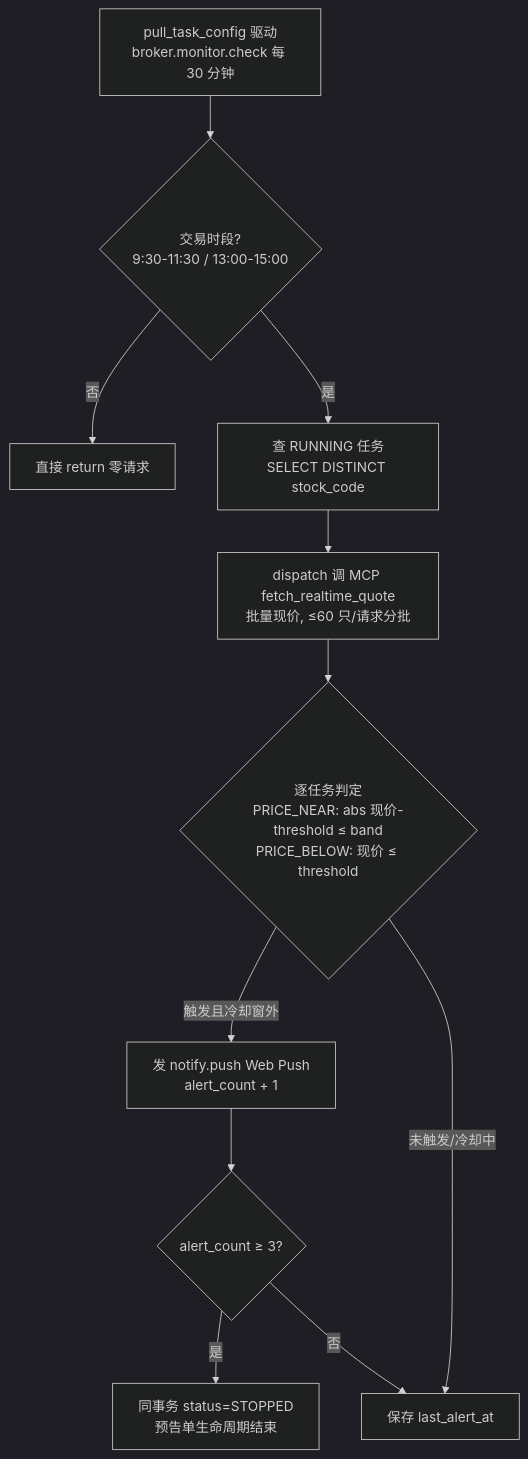
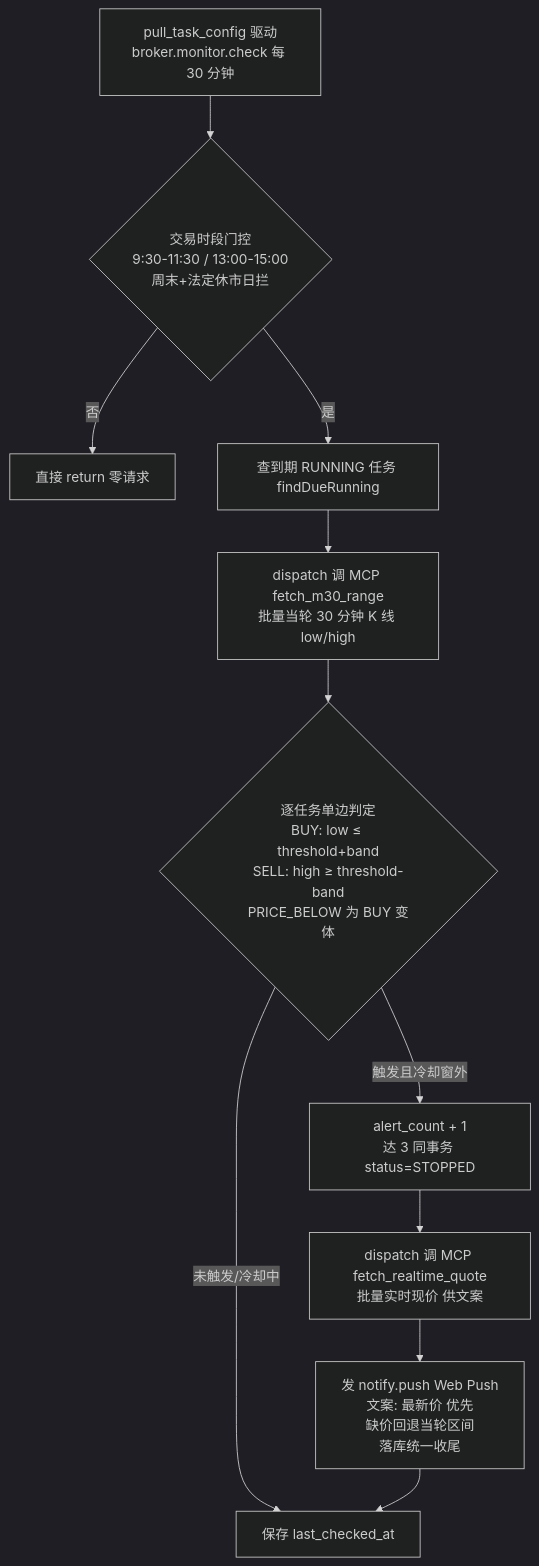
One commit to loveheng/stock-calculator-service changed the diagram in docs/alert/design.md. Above: the diagram before and after it, drawn with Mermaid (dark theme). The commit also changed other lines of this file and 6 other files, not shown here.

````diff
--- a/docs/alert/design.md
+++ b/docs/alert/design.md
@@ -44,13 +44,13 @@
 ```mermaid
 flowchart TD
-    A[pull_task_config 驱动<br/>broker.monitor.check 每 30 分钟] --> B{交易时段?<br/>9:30-11:30 / 13:00-15:00}
+    A[pull_task_config 驱动<br/>broker.monitor.check 每 30 分钟] --> B{交易时段门控<br/>9:30-11:30 / 13:00-15:00<br/>周末+法定休市日拦}
     B -- 否 --> Z[直接 return 零请求]
-    B -- 是 --> C[查 RUNNING 任务<br/>SELECT DISTINCT stock_code]
-    C --> D[dispatch 调 MCP fetch_realtime_quote<br/>批量现价, ≤60 只/请求分批]
-    D --> E{逐任务判定<br/>PRICE_NEAR: abs 现价-threshold ≤ band<br/>PRICE_BELOW: 现价 ≤ threshold}
-    E -- 触发且冷却窗外 --> F[发 notify.push Web Push<br/>alert_count + 1]
-    F --> G{alert_count ≥ 3?}
-    G -- 是 --> H[同事务 status=STOPPED<br/>预告单生命周期结束]
-    G -- 否 --> I[保存 last_alert_at]
-    E -- 未触发/冷却中 --> I
+    B -- 是 --> C[查到期 RUNNING 任务 findDueRunning]
+    C --> D[dispatch 调 MCP fetch_m30_range<br/>批量当轮 30 分钟 K 线 low/high]
+    D --> E{逐任务单边判定<br/>BUY: low ≤ threshold+band<br/>SELL: high ≥ threshold-band<br/>PRICE_BELOW 为 BUY 变体}
+    E -- 触发且冷却窗外 --> F[alert_count + 1<br/>达 3 同事务 status=STOPPED]
+    E -- 未触发/冷却中 --> I[保存 last_checked_at]
+    F --> G[dispatch 调 MCP fetch_realtime_quote<br/>批量实时现价 供文案]
+    G --> H[发 notify.push Web Push<br/>文案: 最新价 优先<br/>缺价回退当轮区间<br/>落库统一收尾]
+    H --> I
 ```
````
